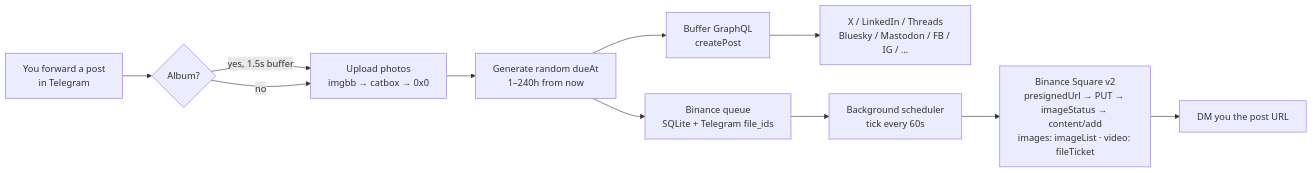
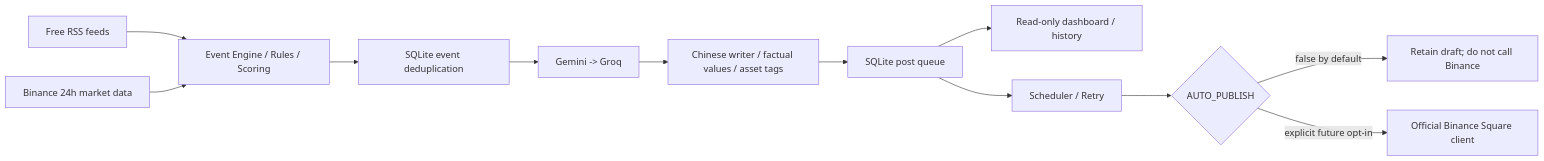
One commit to xingxinghuisi/binance-square-ai changed the diagram in README.md. Above: the diagram before and after it, drawn with Mermaid. The commit also changed other lines of this file and 56 other files, not shown here.

Commit message:
Implement Binance Square AI Phase 1 with bilingual documentation

````diff
--- a/README.md
+++ b/README.md
@@ -32,13 +59,14 @@
 ```mermaid
 flowchart LR
-    A[You forward a post<br/>in Telegram] --> B{Album?}
-    B -- yes, 1.5s buffer --> C[Upload photos<br/>imgbb → catbox → 0x0]
-    B -- no --> C
-    C --> D[Generate random dueAt<br/>1–240h from now]
-    D --> E[Buffer GraphQL<br/>createPost]
-    D --> F[Binance queue<br/>SQLite + Telegram file_ids]
-    E --> G[X / LinkedIn / Threads<br/>Bluesky / Mastodon / FB / IG / ...]
-    F --> H[Background scheduler<br/>tick every 60s]
-    H --> I[Binance Square v2<br/>presignedUrl → PUT → imageStatus → content/add<br/>images: imageList · video: fileTicket]
-    I --> J[DM you the post URL]
+    RSS[Free RSS feeds] --> E[Event Engine / Rules / Scoring]
+    Market[Binance 24h market data] --> E
+    E --> D[SQLite event deduplication]
+    D --> AI[Gemini -> Groq]
+    AI --> W[Chinese writer / factual values / asset tags]
+    W --> Q[SQLite post queue]
+    Q --> UI[Read-only dashboard / history]
+    Q --> S[Scheduler / Retry]
+    S --> Gate{AUTO_PUBLISH}
+    Gate -->|false by default| Hold[Retain draft; do not call Binance]
+    Gate -->|explicit future opt-in| Pub[Official Binance Square client]
 ```
````
